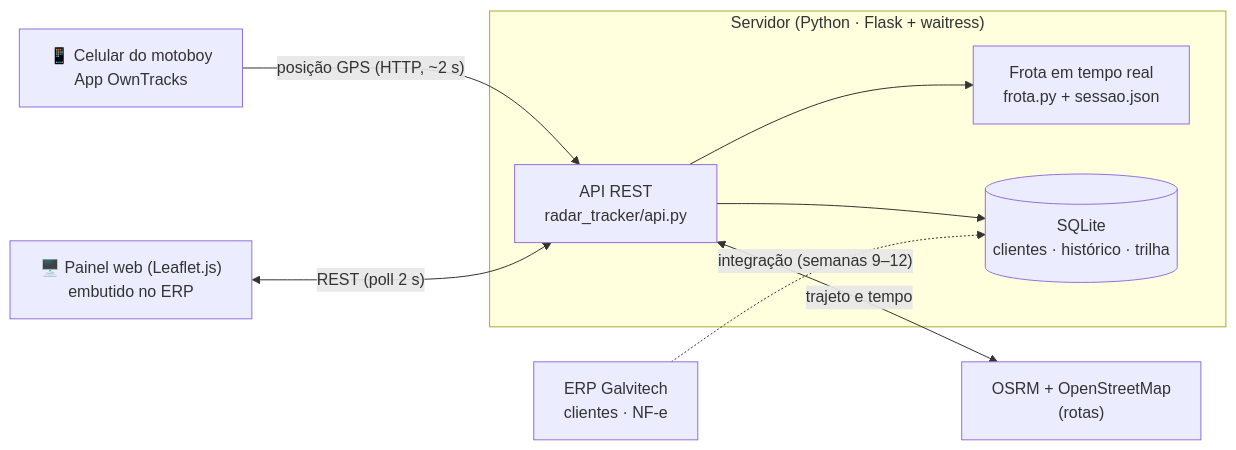
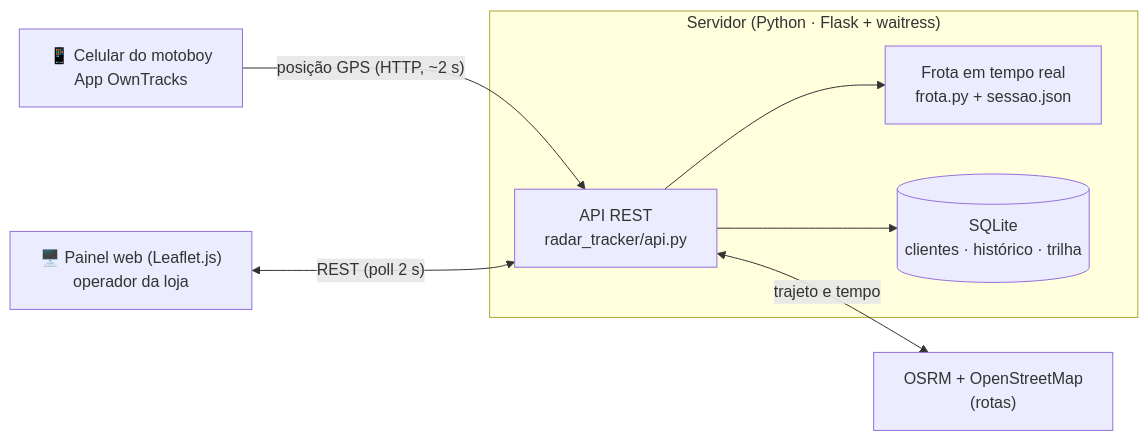
Before and after one commit to AndreeSpecht/rastreamento-motoboys-galvitech: the diagram in README.md, drawn with Mermaid. The commit also changed other lines of this file and 14 other files, not shown here.

````diff
--- a/README.md
+++ b/README.md
@@ -101,19 +104,17 @@
 ```mermaid
 flowchart LR
     APP["📱 Celular do motoboy<br/>App OwnTracks"]
     subgraph SRV["Servidor (Python · Flask + waitress)"]
         API["API REST<br/>radar_tracker/api.py"]
         FROTA["Frota em tempo real<br/>frota.py + sessao.json"]
         DB[("SQLite<br/>clientes · histórico · trilha")]
     end
     OSRM["OSRM + OpenStreetMap<br/>(rotas)"]
-    WEB["🖥️ Painel web (Leaflet.js)<br/>embutido no ERP"]
-    ERP["ERP Galvitech<br/>clientes · NF-e"]
+    WEB["🖥️ Painel web (Leaflet.js)<br/>operador da loja"]
 
     APP -- "posição GPS (HTTP, ~2 s)" --> API
     WEB <-->|"REST (poll 2 s)"| API
     API --> FROTA
     API --> DB
     API <-->|"trajeto e tempo"| OSRM
-    ERP -.->|"integração (semanas 9–12)"| DB
 ```
````
